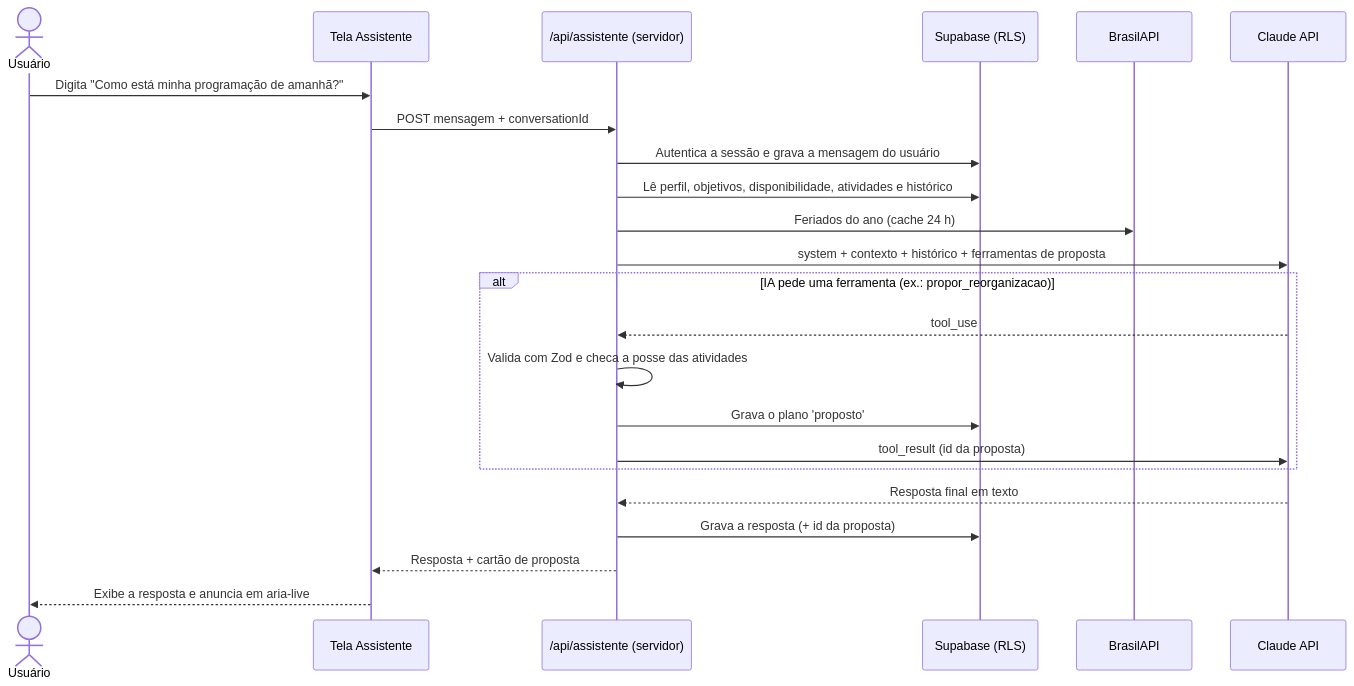
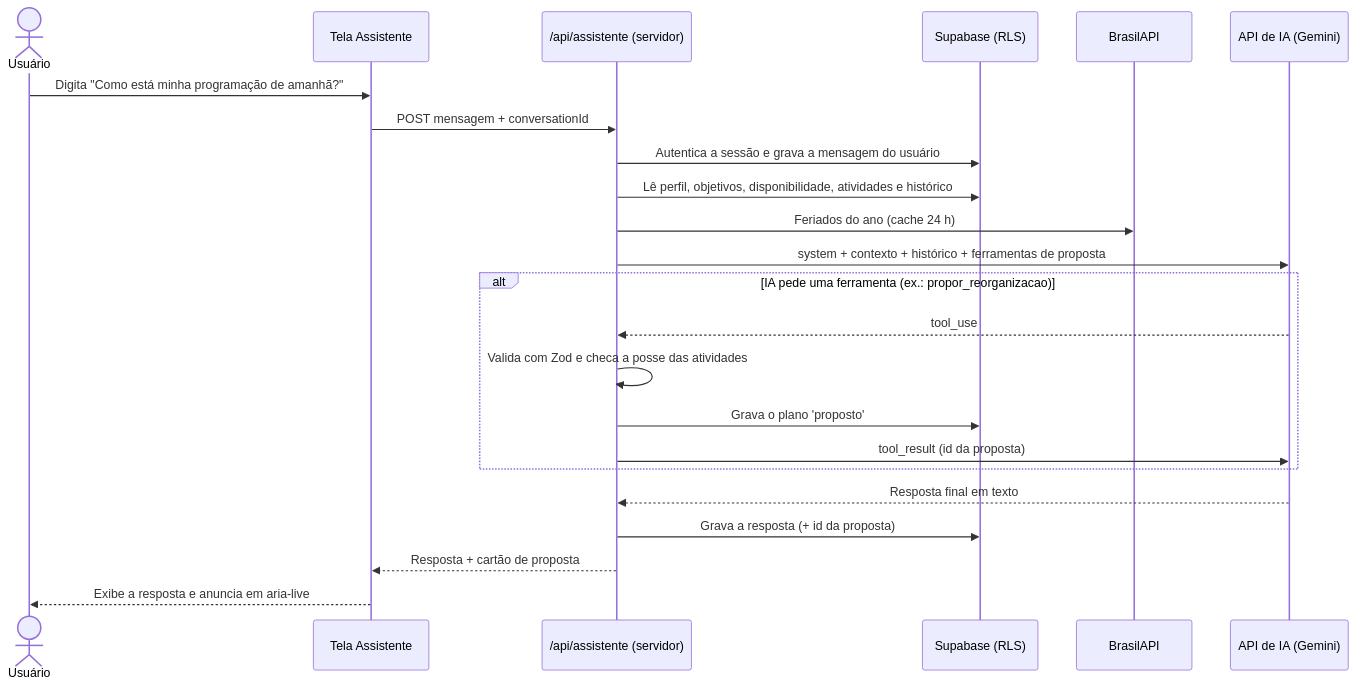
One commit to guilhermeteixeira05/NEXO changed the sixth of 10 diagrams in docs/03-etapa3-arquitetura-e-prototipacao.md. Above: the diagram before and after it, drawn with Mermaid. The commit also changed 21 other files, not shown here.

````diff
--- a/docs/03-etapa3-arquitetura-e-prototipacao.md
+++ b/docs/03-etapa3-arquitetura-e-prototipacao.md
@@ -219,26 +219,26 @@
 ```mermaid
 sequenceDiagram
     actor U as Usuário
     participant UI as Tela Assistente
     participant API as /api/assistente (servidor)
     participant DB as Supabase (RLS)
     participant BR as BrasilAPI
-    participant AI as Claude API
+    participant AI as API de IA (Gemini)
 
     U->>UI: Digita "Como está minha programação de amanhã?"
     UI->>API: POST mensagem + conversationId
     API->>DB: Autentica a sessão e grava a mensagem do usuário
     API->>DB: Lê perfil, objetivos, disponibilidade, atividades e histórico
     API->>BR: Feriados do ano (cache 24 h)
     API->>AI: system + contexto + histórico + ferramentas de proposta
     alt IA pede uma ferramenta (ex.: propor_reorganizacao)
         AI-->>API: tool_use
         API->>API: Valida com Zod e checa a posse das atividades
         API->>DB: Grava o plano 'proposto'
         API->>AI: tool_result (id da proposta)
     end
     AI-->>API: Resposta final em texto
     API->>DB: Grava a resposta (+ id da proposta)
     API-->>UI: Resposta + cartão de proposta
     UI-->>U: Exibe a resposta e anuncia em aria-live
 ```
````
